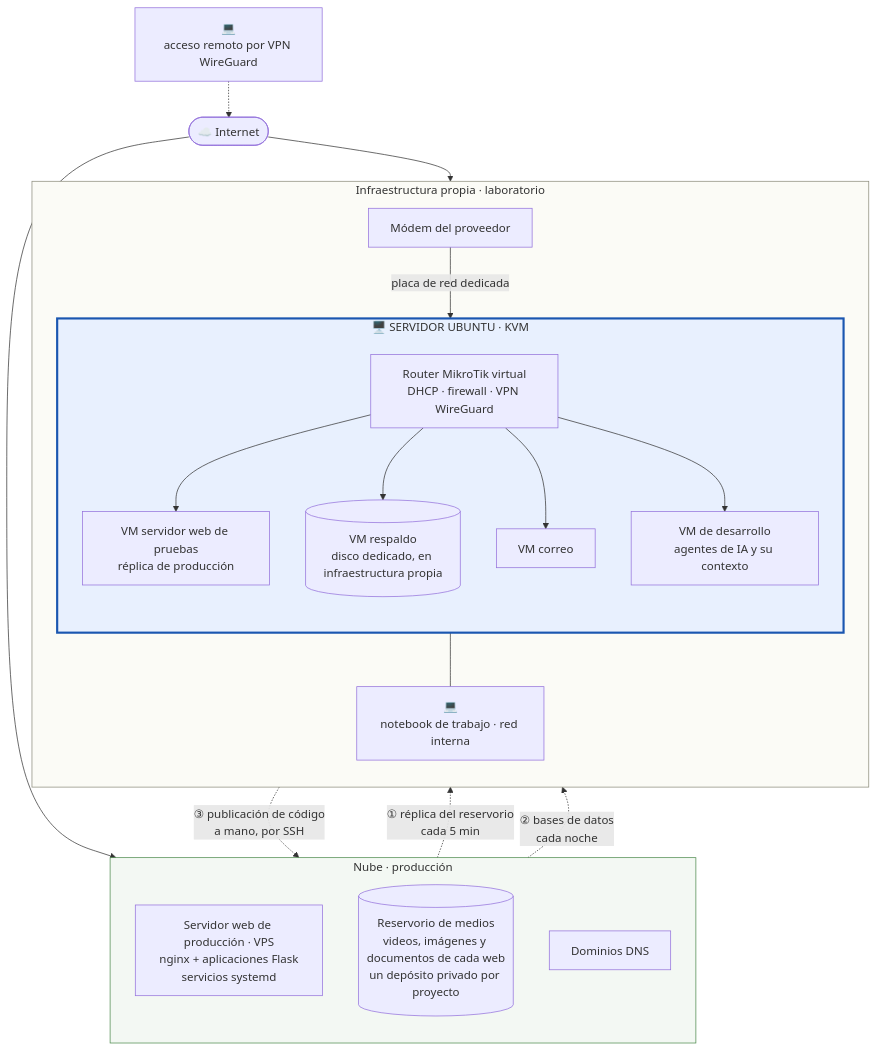
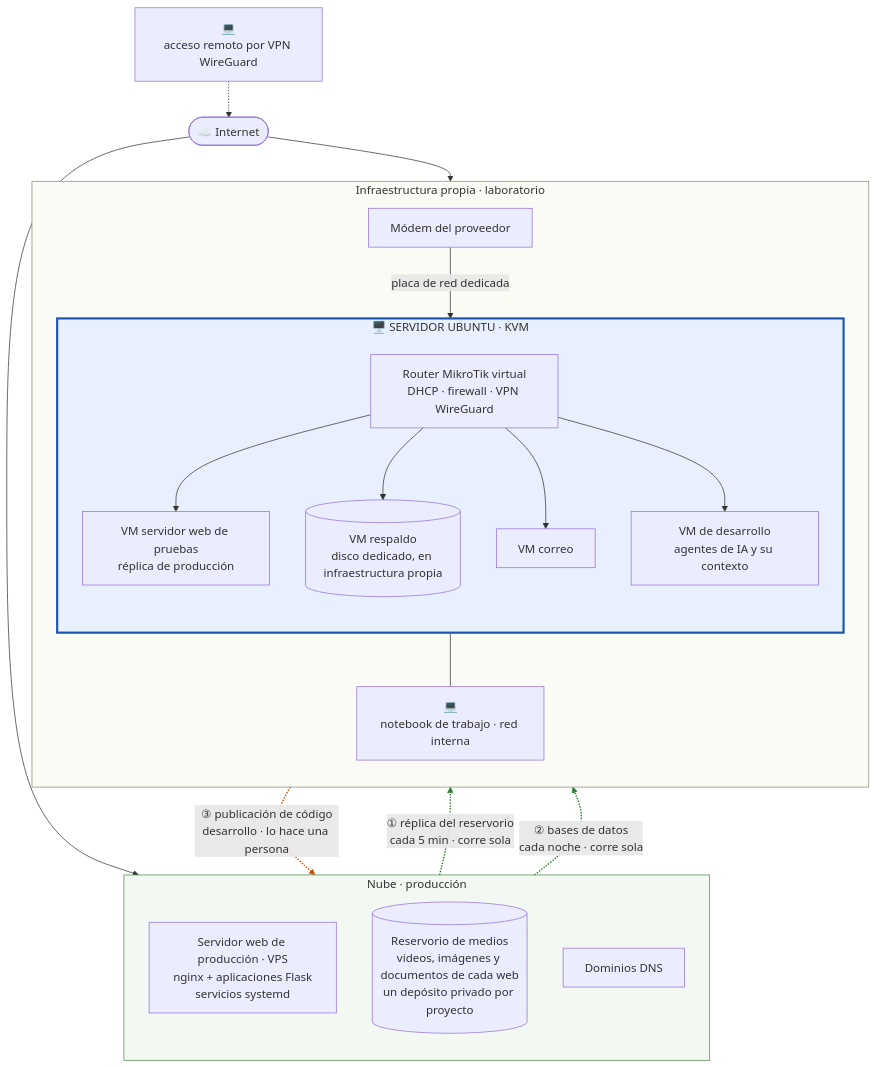
The first of 3 diagrams in README.md (druidatech-net/infraestructura-druidatech), drawn with Mermaid before and after one commit. The commit also changed other lines of this file, not shown here.

Commit message:
Operación y desarrollo separados: verde corre solo, naranja lo hace una persona; ③ pasa a la sección de pruebas

````diff
--- a/README.md
+++ b/README.md
@@ -29,31 +29,33 @@
 ```mermaid
 flowchart TB
     N[💻<br/>acceso remoto por VPN WireGuard] -.-> I([☁️ Internet])
     I --> V
     I --> M
     subgraph NUBE[Nube · producción]
         direction TB
         V[Servidor web de producción · VPS<br/>nginx + aplicaciones Flask<br/>servicios systemd]
         S[(Reservorio de medios<br/>videos, imágenes y documentos de cada web<br/>un depósito privado por proyecto)]
         D[Dominios DNS]
     end
     subgraph LAB[Infraestructura propia · laboratorio]
         direction TB
         M[Módem del proveedor] -->|placa de red dedicada| K
         subgraph H[🖥️ SERVIDOR UBUNTU · KVM]
             direction TB
             K[Router MikroTik virtual<br/>DHCP · firewall · VPN WireGuard]
             K --> W[VM servidor web de pruebas<br/>réplica de producción]
             K --> B[(VM respaldo<br/>disco dedicado, en infraestructura propia)]
             K --> C[VM correo]
             K --> A[VM de desarrollo<br/>agentes de IA y su contexto]
         end
         K --- T[💻<br/>notebook de trabajo · red interna]
     end
-    S -.->|"① réplica del reservorio<br/>cada 5 min"| B
-    V -.->|"② bases de datos<br/>cada noche"| B
-    W -.->|"③ publicación de código<br/>a mano, por SSH"| V
+    S -.->|"① réplica del reservorio<br/>cada 5 min · corre sola"| B
+    V -.->|"② bases de datos<br/>cada noche · corre sola"| B
+    W -.->|"③ publicación de código<br/>desarrollo · lo hace una persona"| V
+    linkStyle 9,10 stroke:#2e7d32,stroke-width:2px
+    linkStyle 11 stroke:#d35400,stroke-width:2px
     style H fill:#e8f0fe,stroke:#1a56b0,stroke-width:3px
     style LAB fill:#fbfbf6,stroke:#8a8a7a
     style NUBE fill:#f3f8f3,stroke:#4c8a4c
 ```
````
